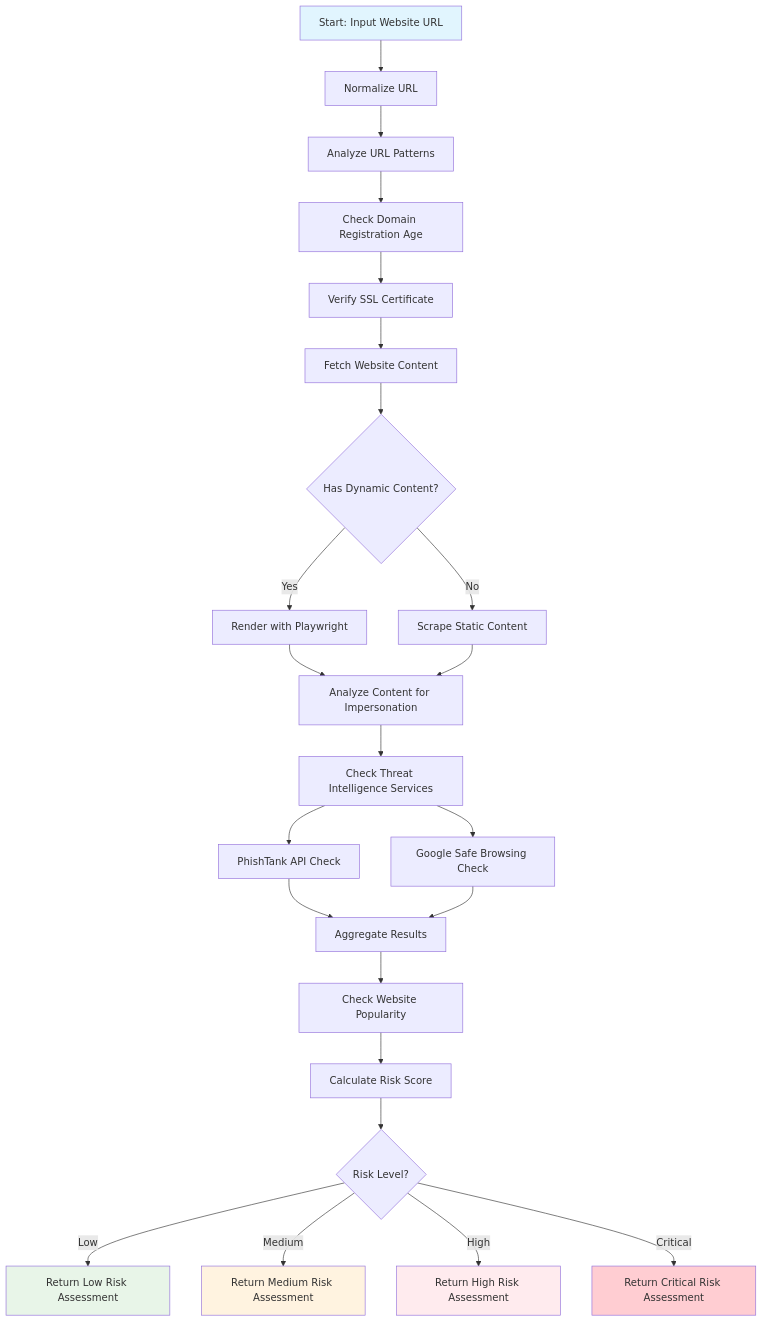
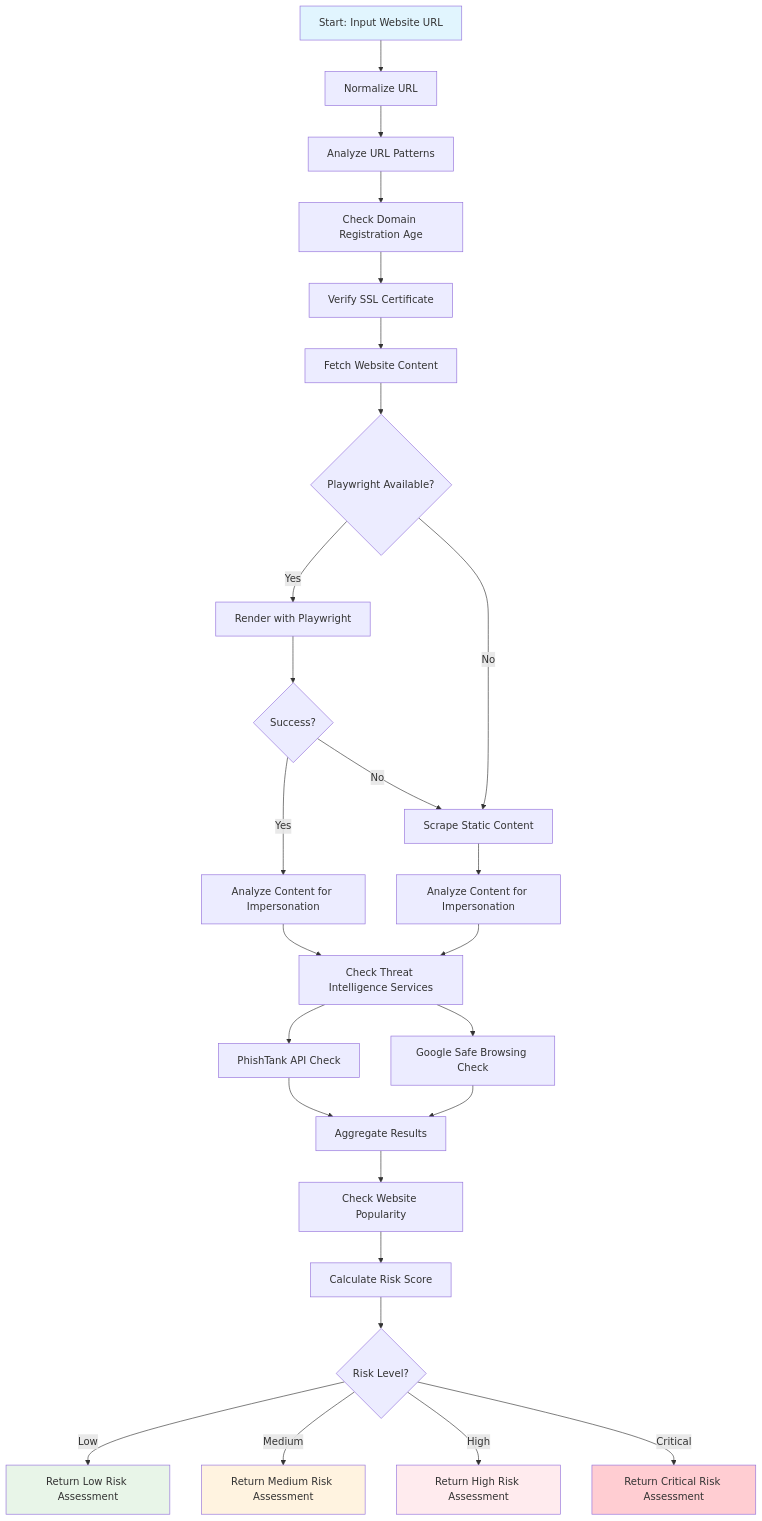
Before and after one commit to nekobud/website-fraud-check: the diagram in README.md, drawn with Mermaid. The commit also changed other lines of this file and 12 other files, not shown here.

````diff
--- a/README.md
+++ b/README.md
@@ -84,31 +83,34 @@
 ```mermaid
 flowchart TD
     A[Start: Input Website URL] --> B[Normalize URL]
     B --> C[Analyze URL Patterns]
     C --> D[Check Domain Registration Age]
     D --> E[Verify SSL Certificate]
     E --> F[Fetch Website Content]
-    F --> G{Has Dynamic Content?}
+    F --> G{Playwright Available?}
     G -->|Yes| H[Render with Playwright]
     G -->|No| I[Scrape Static Content]
-    H --> J[Analyze Content for Impersonation]
-    I --> J
-    J --> K[Check Threat Intelligence Services]
-    K --> L[PhishTank API Check]
-    K --> M[Google Safe Browsing Check]
-    L --> N[Aggregate Results]
-    M --> N
-    N --> O[Check Website Popularity]
-    O --> P[Calculate Risk Score]
-    P --> Q{Risk Level?}
-    Q -->|Low| R[Return Low Risk Assessment]
-    Q -->|Medium| S[Return Medium Risk Assessment]
-    Q -->|High| T[Return High Risk Assessment]
-    Q -->|Critical| U[Return Critical Risk Assessment]
+    H --> J{Success?}
+    J -->|Yes| K[Analyze Content for Impersonation]
+    J -->|No| I
+    I --> L[Analyze Content for Impersonation]
+    K --> M[Check Threat Intelligence Services]
+    L --> M
+    M --> N[PhishTank API Check]
+    M --> O[Google Safe Browsing Check]
+    N --> P[Aggregate Results]
+    O --> P
+    P --> Q[Check Website Popularity]
+    Q --> R[Calculate Risk Score]
+    R --> S{Risk Level?}
+    S -->|Low| T[Return Low Risk Assessment]
+    S -->|Medium| U[Return Medium Risk Assessment]
+    S -->|High| V[Return High Risk Assessment]
+    S -->|Critical| W[Return Critical Risk Assessment]
     
     style A fill:#e1f5fe
-    style R fill:#e8f5e8
-    style S fill:#fff3e0
-    style T fill:#ffebee
-    style U fill:#ffcdd2
+    style T fill:#e8f5e8
+    style U fill:#fff3e0
+    style V fill:#ffebee
+    style W fill:#ffcdd2
 ```
````
